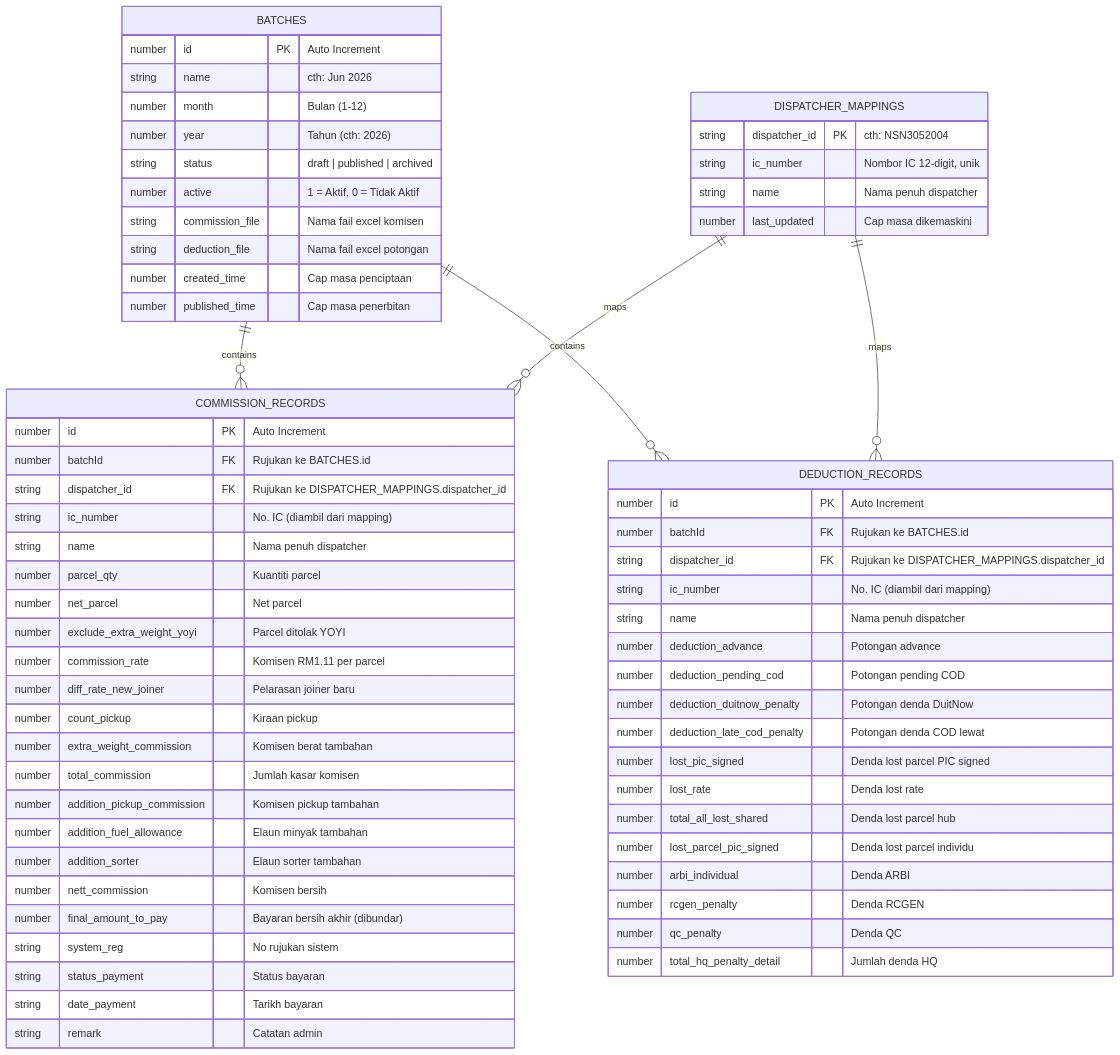
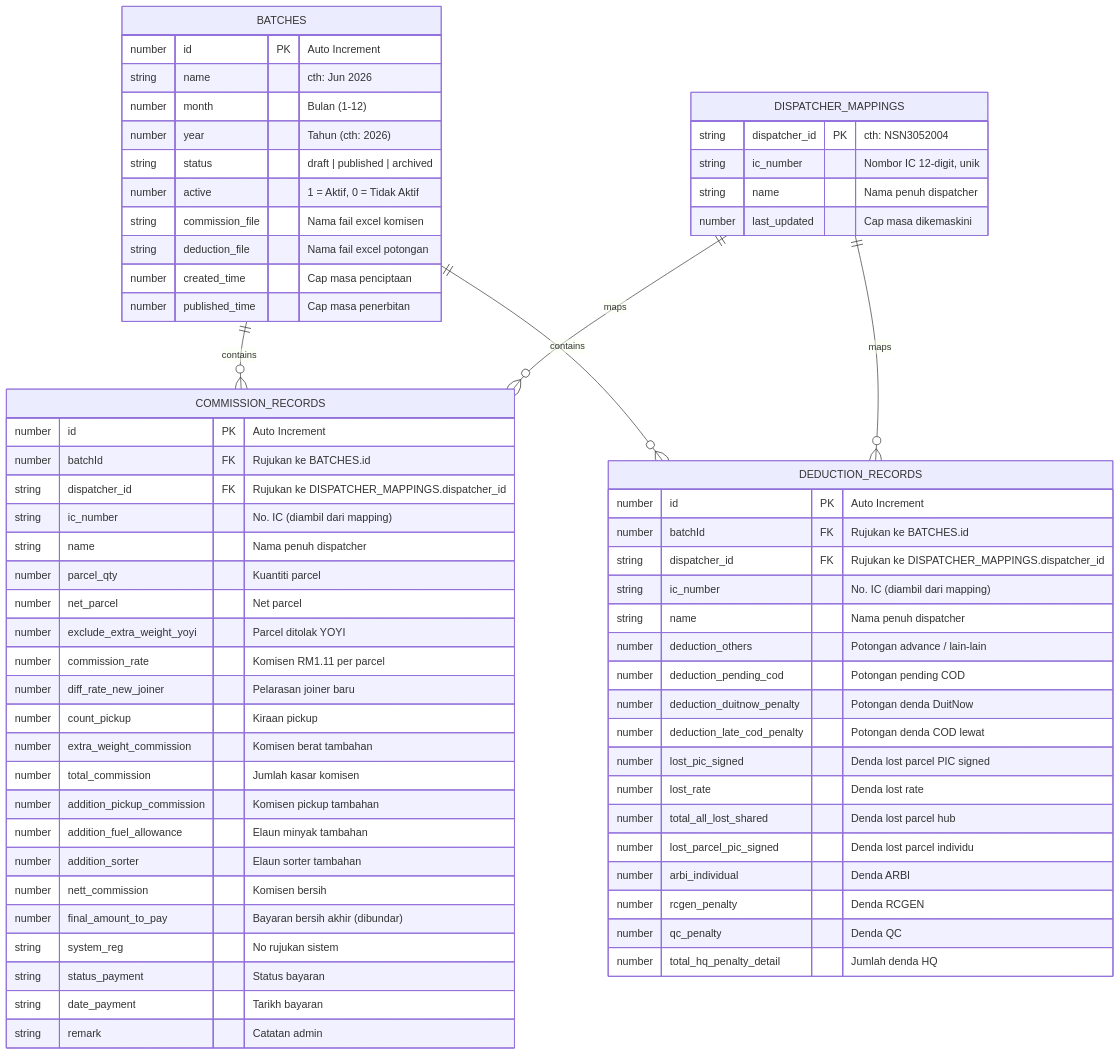
The diagram in ERD.md (yukijim/mawar-teraju-commission-system), drawn with Mermaid before and after one commit. The commit also changed 19 other files, not shown here.

Commit message:
Rename field deduction_advance to deduction_others (label + code + db column)

````diff
--- a/ERD.md
+++ b/ERD.md
@@ -9,72 +9,72 @@
 ```mermaid
 erDiagram
     BATCHES {
         number id PK "Auto Increment"
         string name "cth: Jun 2026"
         number month "Bulan (1-12)"
         number year "Tahun (cth: 2026)"
         string status "draft | published | archived"
         number active "1 = Aktif, 0 = Tidak Aktif"
         string commission_file "Nama fail excel komisen"
         string deduction_file "Nama fail excel potongan"
         number created_time "Cap masa penciptaan"
         number published_time "Cap masa penerbitan"
     }
 
     DISPATCHER_MAPPINGS {
         string dispatcher_id PK "cth: NSN3052004"
         string ic_number "Nombor IC 12-digit, unik"
         string name "Nama penuh dispatcher"
         number last_updated "Cap masa dikemaskini"
     }
 
     COMMISSION_RECORDS {
         number id PK "Auto Increment"
         number batchId FK "Rujukan ke BATCHES.id"
         string dispatcher_id FK "Rujukan ke DISPATCHER_MAPPINGS.dispatcher_id"
         string ic_number "No. IC (diambil dari mapping)"
         string name "Nama penuh dispatcher"
         number parcel_qty "Kuantiti parcel"
         number net_parcel "Net parcel"
         number exclude_extra_weight_yoyi "Parcel ditolak YOYI"
         number commission_rate "Komisen RM1.11 per parcel"
         number diff_rate_new_joiner "Pelarasan joiner baru"
         number count_pickup "Kiraan pickup"
         number extra_weight_commission "Komisen berat tambahan"
         number total_commission "Jumlah kasar komisen"
         number addition_pickup_commission "Komisen pickup tambahan"
         number addition_fuel_allowance "Elaun minyak tambahan"
         number addition_sorter "Elaun sorter tambahan"
         number nett_commission "Komisen bersih"
         number final_amount_to_pay "Bayaran bersih akhir (dibundar)"
         string system_reg "No rujukan sistem"
         string status_payment "Status bayaran"
         string date_payment "Tarikh bayaran"
         string remark "Catatan admin"
     }
 
     DEDUCTION_RECORDS {
         number id PK "Auto Increment"
         number batchId FK "Rujukan ke BATCHES.id"
         string dispatcher_id FK "Rujukan ke DISPATCHER_MAPPINGS.dispatcher_id"
         string ic_number "No. IC (diambil dari mapping)"
         string name "Nama penuh dispatcher"
-        number deduction_advance "Potongan advance"
+        number deduction_others "Potongan advance / lain-lain"
         number deduction_pending_cod "Potongan pending COD"
         number deduction_duitnow_penalty "Potongan denda DuitNow"
         number deduction_late_cod_penalty "Potongan denda COD lewat"
         number lost_pic_signed "Denda lost parcel PIC signed"
         number lost_rate "Denda lost rate"
         number total_all_lost_shared "Denda lost parcel hub"
         number lost_parcel_pic_signed "Denda lost parcel individu"
         number arbi_individual "Denda ARBI"
         number rcgen_penalty "Denda RCGEN"
         number qc_penalty "Denda QC"
         number total_hq_penalty_detail "Jumlah denda HQ"
     }
 
     BATCHES ||--o{ COMMISSION_RECORDS : "contains"
     BATCHES ||--o{ DEDUCTION_RECORDS : "contains"
     DISPATCHER_MAPPINGS ||--o{ COMMISSION_RECORDS : "maps"
     DISPATCHER_MAPPINGS ||--o{ DEDUCTION_RECORDS : "maps"
 ```
````
